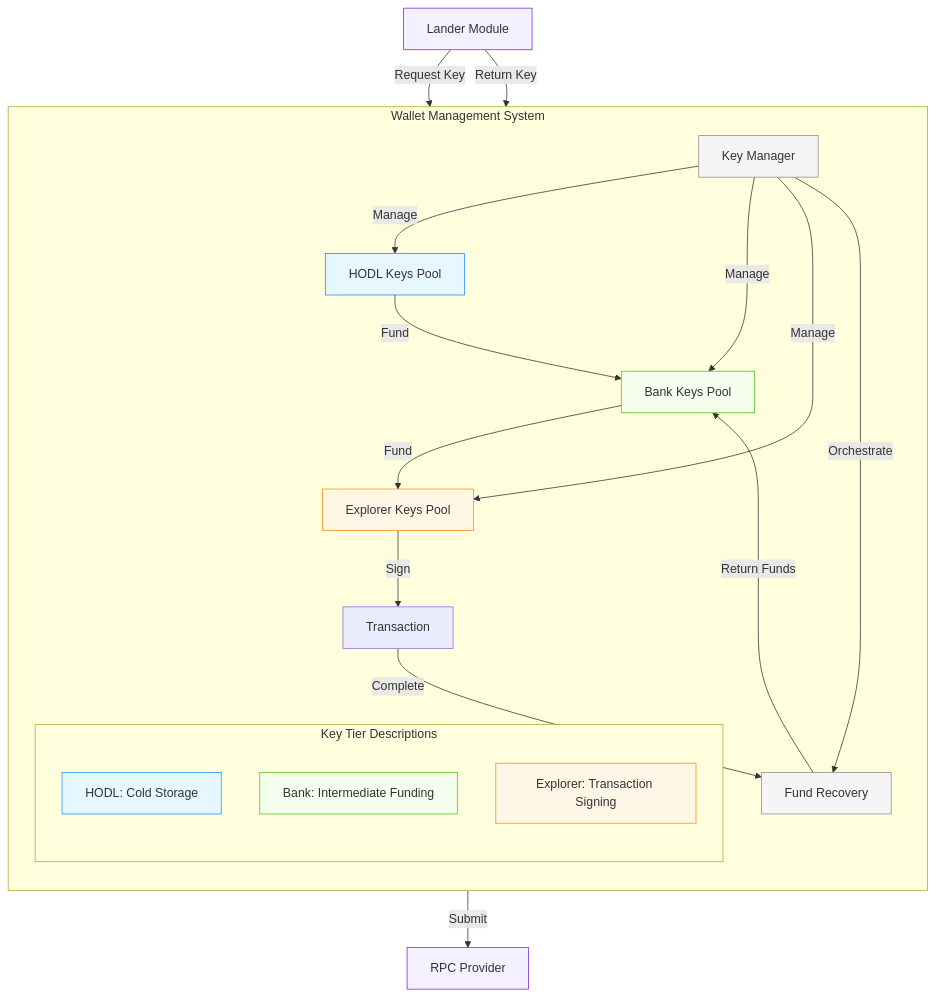
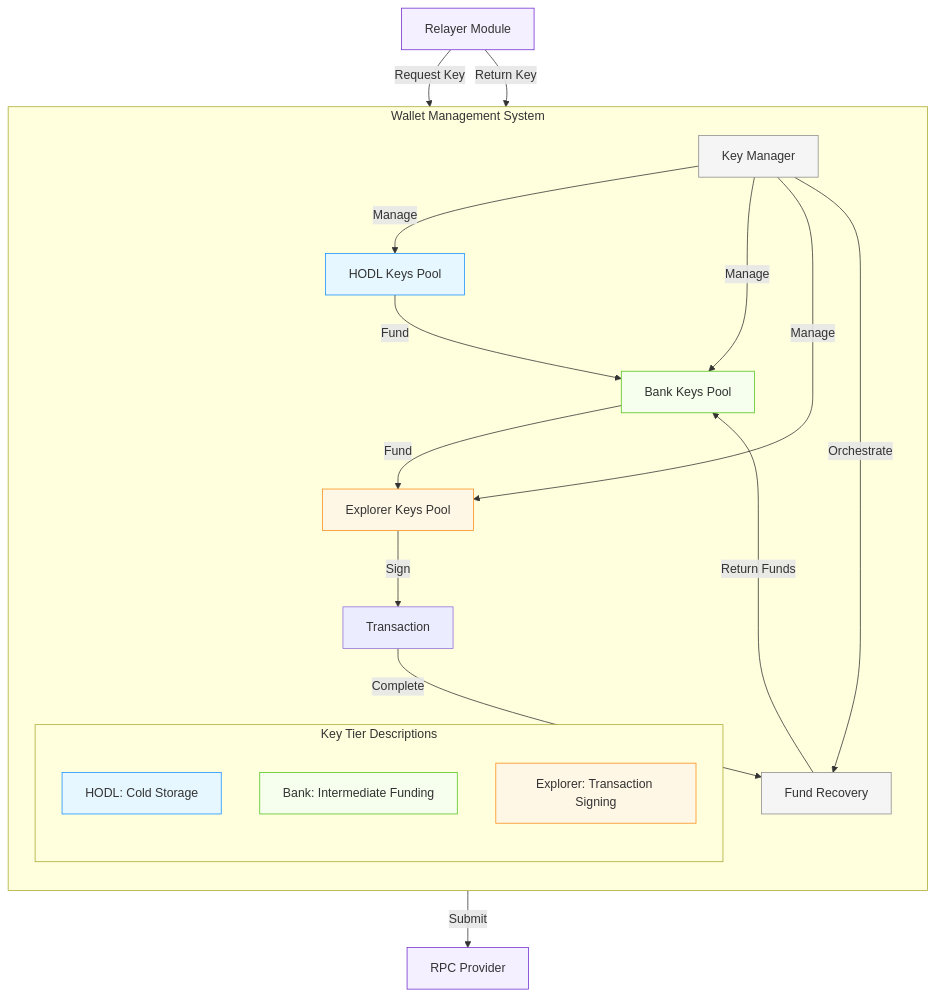
The diagram in docs/wallet_management.md (808putnam/qtrade2), drawn with Mermaid before and after one commit. The commit also changed other lines of this file and 302 other files, not shown here.

````diff
--- a/docs/wallet_management.md
+++ b/docs/wallet_management.md
@@ -9,46 +9,46 @@
 ```mermaid
 flowchart TD
     %% Main Components
     subgraph WMS[Wallet Management System]
         direction TB
         KeyManager[Key Manager]
         HODL[HODL Keys Pool] --> |Fund| Bank[Bank Keys Pool]
         Bank --> |Fund| Explorer[Explorer Keys Pool]
         Explorer --> |Sign| TX[Transaction]
 
         TX --> |Complete| Recovery[Fund Recovery]
         Recovery --> |Return Funds| Bank
 
         KeyManager --> |Manage| HODL
         KeyManager --> |Manage| Bank
         KeyManager --> |Manage| Explorer
         KeyManager --> |Orchestrate| Recovery
 
         subgraph TierDesc[Key Tier Descriptions]
             direction TB
             HODL_Desc[HODL: Cold Storage]
             Bank_Desc[Bank: Intermediate Funding]
             Explorer_Desc[Explorer: Transaction Signing]
         end
     end
 
     %% External Connections
-    Lander[Lander Module] --> |Request Key| KeyManager
-    Lander --> |Return Key| KeyManager
+    Relayer[Relayer Module] --> |Request Key| KeyManager
+    Relayer --> |Return Key| KeyManager
 
     %% Outputs
     TX --> |Submit| RPC[RPC Provider]
 
     %% Styles
     classDef hodl fill:#e6f7ff,stroke:#1890ff
     classDef bank fill:#f6ffed,stroke:#52c41a
     classDef explorer fill:#fff7e6,stroke:#fa8c16
     classDef manager fill:#f5f5f5,stroke:#8c8c8c
     classDef external fill:#f5f0ff,stroke:#722ed1
 
     class HODL,HODL_Desc hodl
     class Bank,Bank_Desc bank
     class Explorer,Explorer_Desc explorer
     class KeyManager,Recovery manager
-    class Lander,RPC external
+    class Relayer,RPC external
 ```
````
